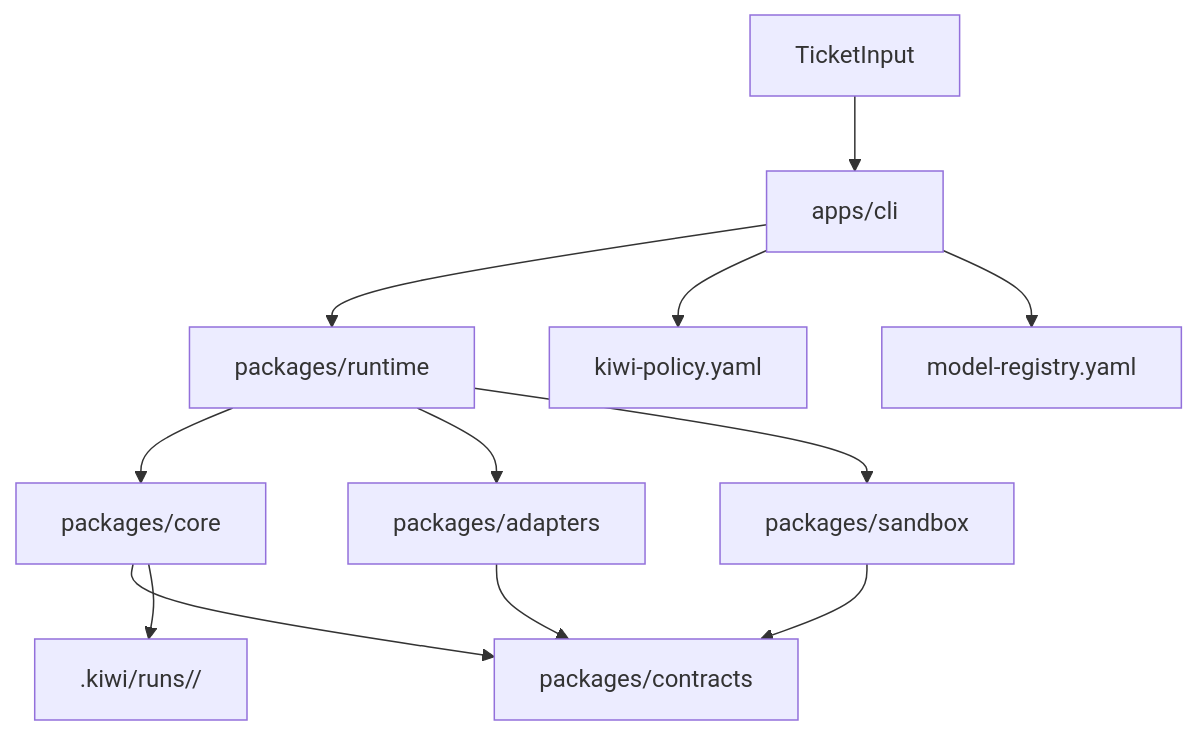
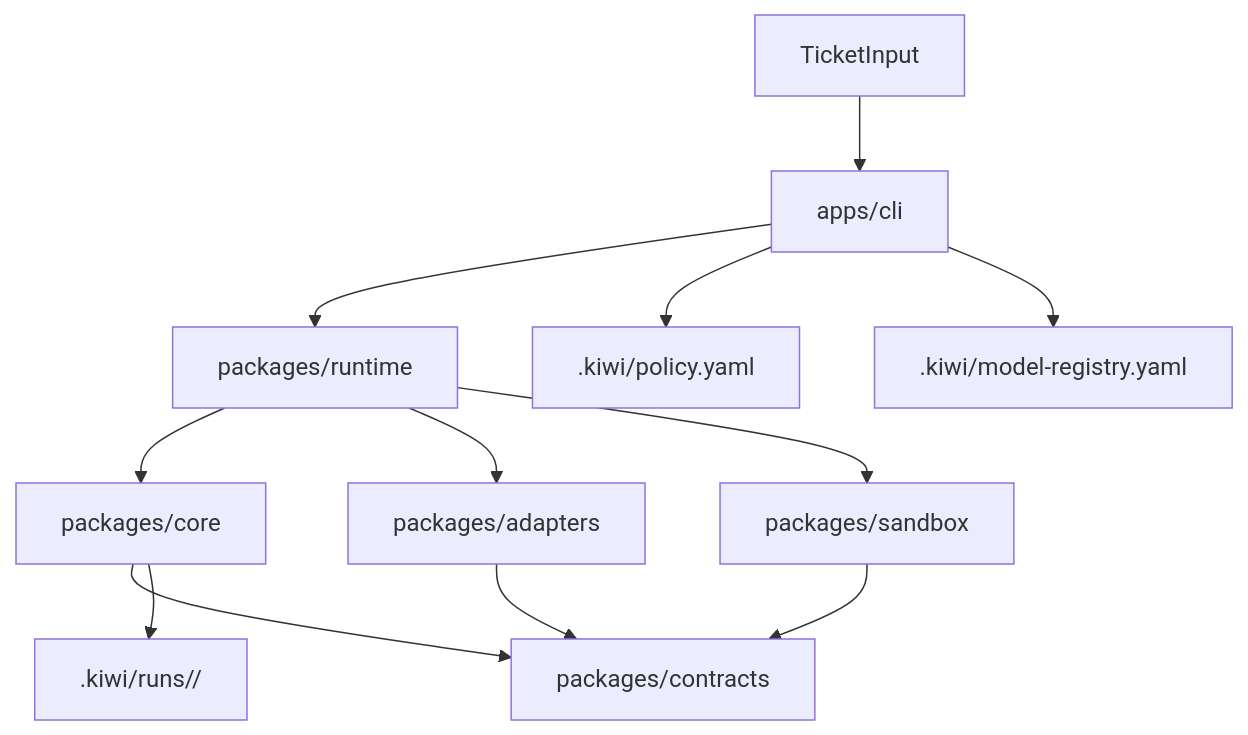
The diagram in docs/architecture.md (kiwijuicer/kiwi), drawn with Mermaid before and after one commit. The commit also changed other lines of this file and 56 other files, not shown here.

````diff
--- a/docs/architecture.md
+++ b/docs/architecture.md
@@ -10,14 +10,14 @@
 ```mermaid
 flowchart TD
   input[TicketInput] --> cli[apps/cli]
   cli --> runtime[packages/runtime]
   runtime --> core[packages/core]
   runtime --> adapters[packages/adapters]
   runtime --> sandbox[packages/sandbox]
   core --> contracts[packages/contracts]
   adapters --> contracts
   sandbox --> contracts
   core --> runstore[.kiwi/runs/<run-id>/]
-  cli --> policy[kiwi-policy.yaml]
-  cli --> registry[model-registry.yaml]
+  cli --> policy[.kiwi/policy.yaml]
+  cli --> registry[.kiwi/model-registry.yaml]
 ```
````
